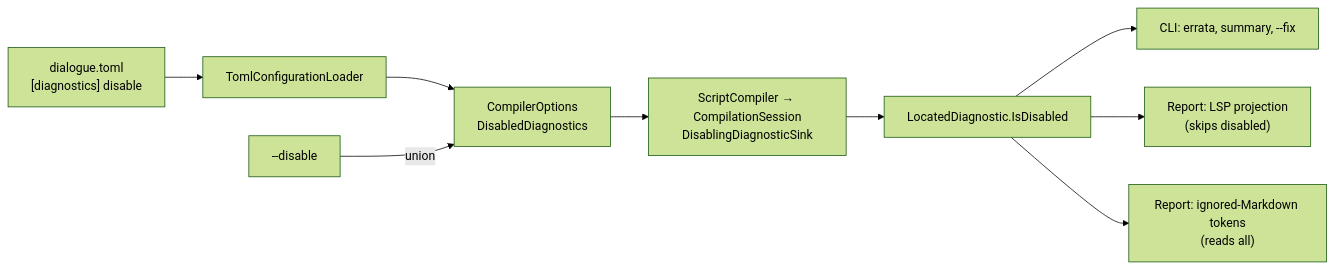
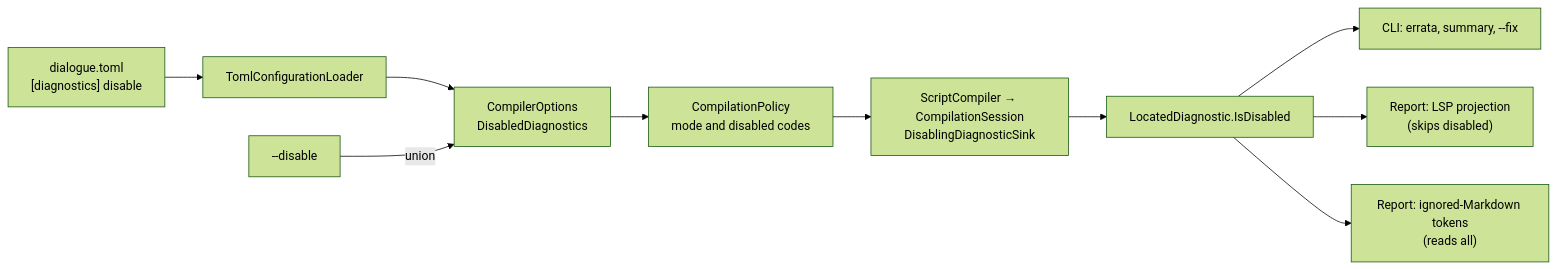
Before and after one commit to pengzhengyi/dialoguedown: the diagram in docs/contributing/design-notes/diagnostics/Disabled Diagnostics.md, drawn with Mermaid (forest theme). The commit also changed other lines of this file and 8 other files, not shown here.

````diff
--- a/docs/contributing/design-notes/diagnostics/Disabled Diagnostics.md
+++ b/docs/contributing/design-notes/diagnostics/Disabled Diagnostics.md
@@ -89,11 +89,12 @@
 ```mermaid
 flowchart LR
     T["dialogue.toml<br/>[diagnostics] disable"] --> L["TomlConfigurationLoader"]
     L --> O["CompilerOptions<br/>DisabledDiagnostics"]
     A["--disable"] -->|"union"| O
-    O --> S["ScriptCompiler → CompilationSession<br/>DisablingDiagnosticSink"]
+    O --> C["CompilationPolicy<br/>mode and disabled codes"]
+    C --> S["ScriptCompiler → CompilationSession<br/>DisablingDiagnosticSink"]
     S --> R["LocatedDiagnostic.IsDisabled"]
     R --> E["CLI: errata, summary, --fix"]
     R --> P["Report: LSP projection<br/>(skips disabled)"]
     R --> K["Report: ignored-Markdown tokens<br/>(reads all)"]
 ```
````
